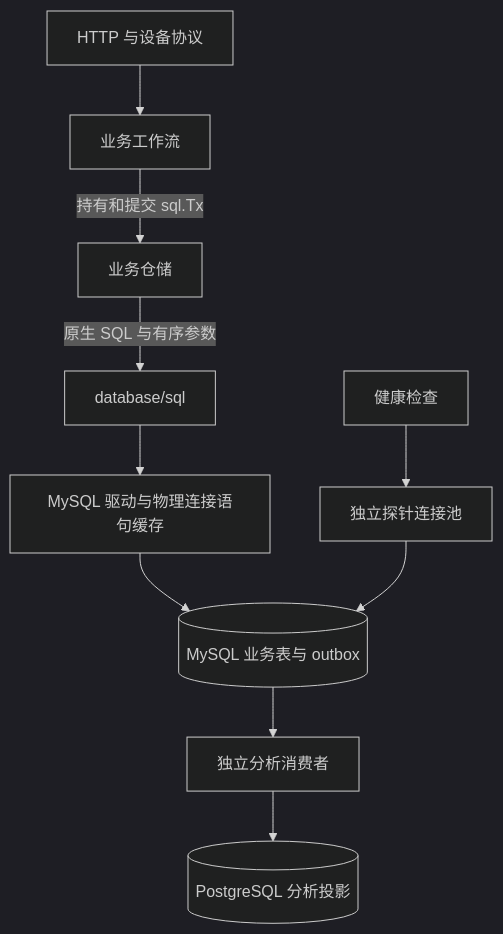
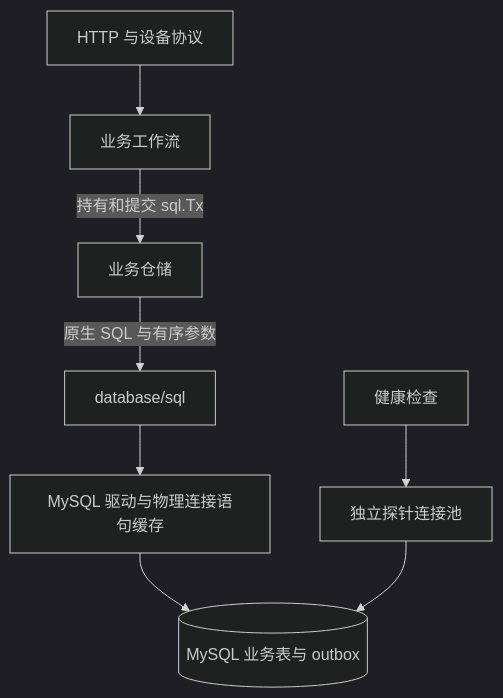
The diagram in docs/NATIVE_MYSQL_ARCHITECTURE.md (R9-404/smart-elderly-watch-management), drawn with Mermaid (dark theme) before and after one commit. The commit also changed other lines of this file and 43 other files, not shown here.

````diff
--- a/docs/NATIVE_MYSQL_ARCHITECTURE.md
+++ b/docs/NATIVE_MYSQL_ARCHITECTURE.md
@@ -7,12 +5,10 @@
 ```mermaid
 flowchart TD
   HTTP[HTTP 与设备协议] --> Workflow[业务工作流]
   Workflow -->|持有和提交 sql.Tx| Repository[业务仓储]
   Repository -->|原生 SQL 与有序参数| SQL[database/sql]
   SQL --> Driver[MySQL 驱动与物理连接语句缓存]
   Driver --> Business[(MySQL 业务表与 outbox)]
-  Business --> Projector[独立分析消费者]
-  Projector --> Analytics[(PostgreSQL 分析投影)]
   Probe[健康检查] --> Reserved[独立探针连接池]
   Reserved --> Business
 ```
````
